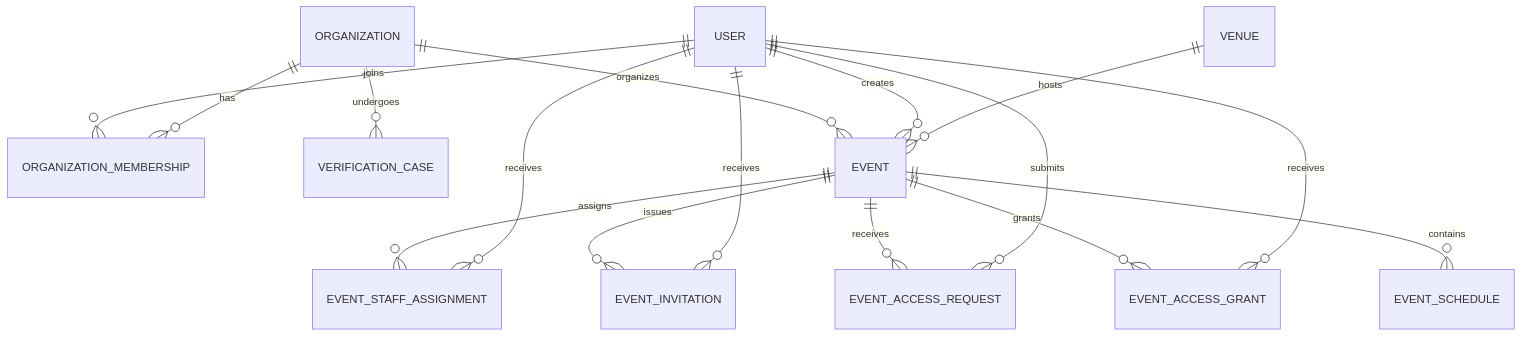
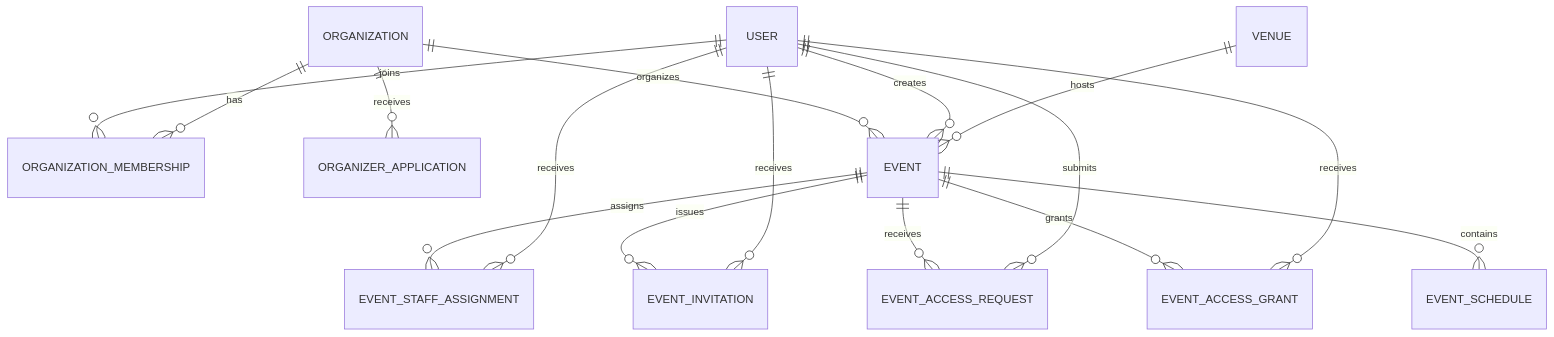
Before and after one commit to Olexxee/Events: the first of 3 diagrams in docs/DOMAIN_MODEL.md, drawn with Mermaid. The commit also changed other lines of this file, not shown here.

Commit message:
docs: reconcile domain model with organizer application

```diff
--- a/docs/DOMAIN_MODEL.md
+++ b/docs/DOMAIN_MODEL.md
@@ -105,18 +105,18 @@
 ~~~mermaid
 erDiagram
   USER ||--o{ ORGANIZATION_MEMBERSHIP : joins
   ORGANIZATION ||--o{ ORGANIZATION_MEMBERSHIP : has
-  ORGANIZATION ||--o{ VERIFICATION_CASE : undergoes
+  ORGANIZATION ||--o{ ORGANIZER_APPLICATION : receives
   ORGANIZATION ||--o{ EVENT : organizes
   USER ||--o{ EVENT : creates
   EVENT ||--o{ EVENT_STAFF_ASSIGNMENT : assigns
   USER ||--o{ EVENT_STAFF_ASSIGNMENT : receives
   EVENT ||--o{ EVENT_INVITATION : issues
   USER ||--o{ EVENT_INVITATION : receives
   EVENT ||--o{ EVENT_ACCESS_REQUEST : receives
   USER ||--o{ EVENT_ACCESS_REQUEST : submits
   EVENT ||--o{ EVENT_ACCESS_GRANT : grants
   USER ||--o{ EVENT_ACCESS_GRANT : receives
   EVENT ||--o{ EVENT_SCHEDULE : contains
   VENUE ||--o{ EVENT : hosts
 ~~~
```
